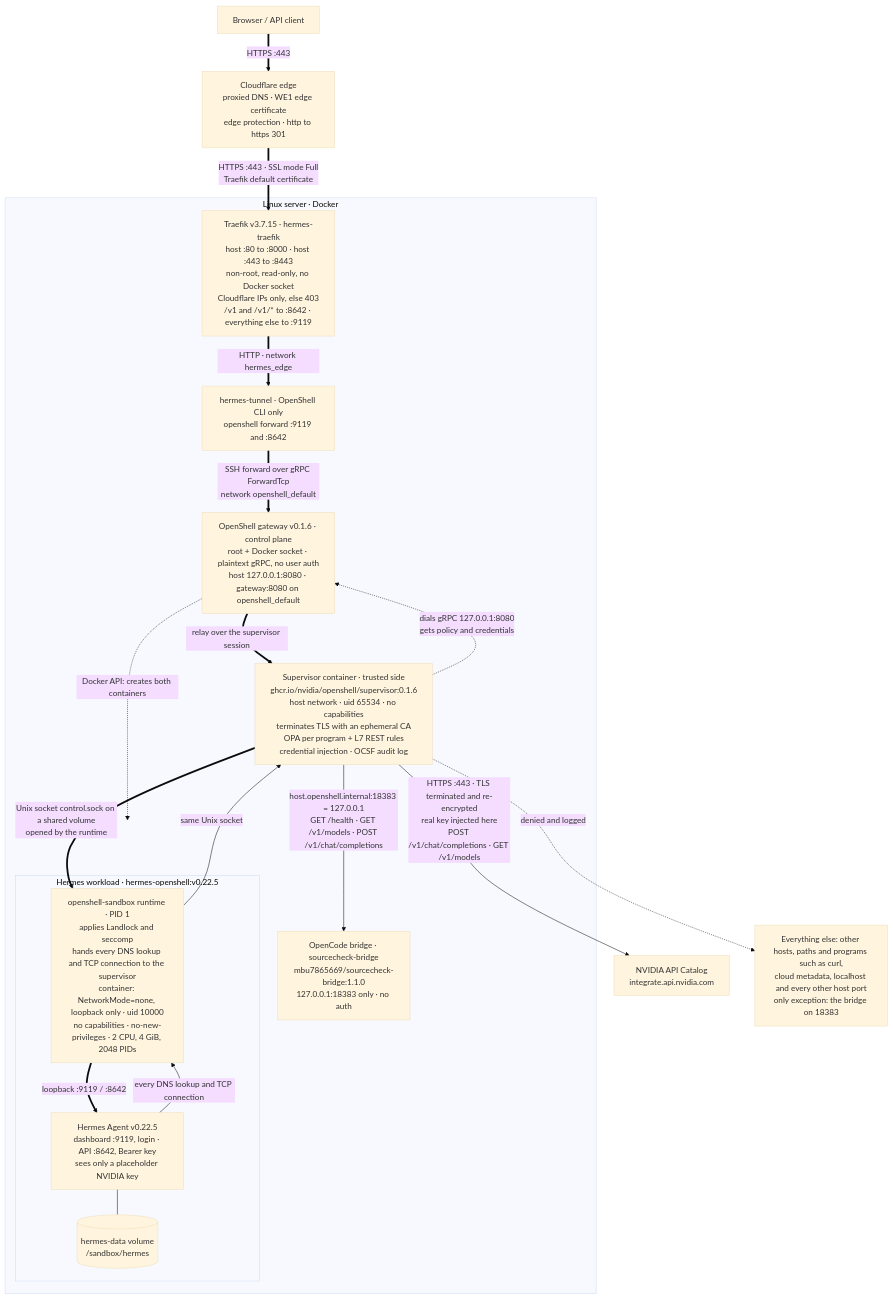
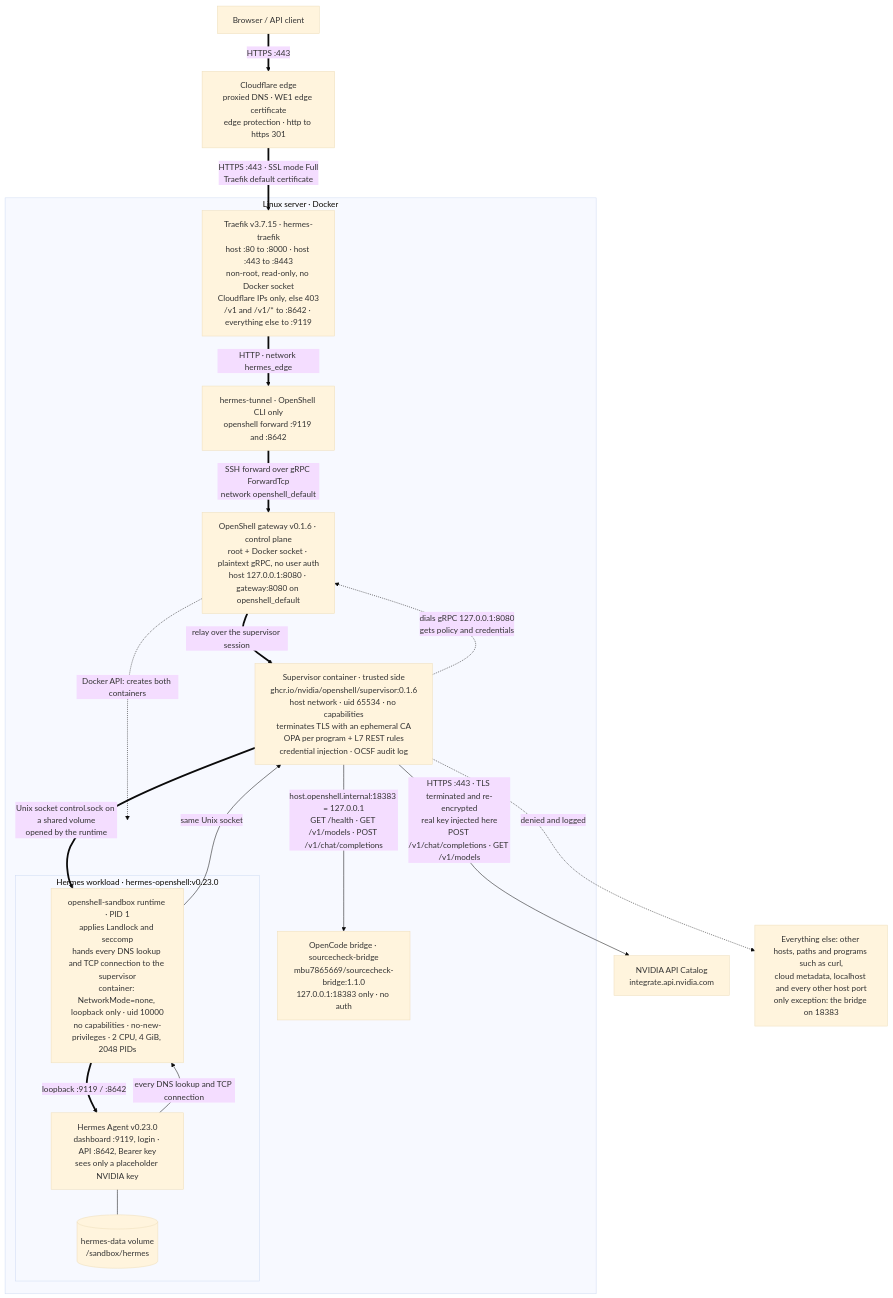
One commit to ch-muhammad-asim/OpenDevOps changed the diagram in sandbox/README.md. Above: the diagram before and after it, drawn with Mermaid (base theme). The commit also changed other lines of this file and 17 other files, not shown here.

Commit message:
Upgrade the sandbox VM stack to Hermes Agent v0.23.0 with rollback, backup and guardrail verify notes

````diff
--- a/sandbox/README.md
+++ b/sandbox/README.md
@@ -91,35 +91,35 @@
 ```mermaid
 flowchart TB
   U["Browser / API client"] ==>|"HTTPS :443"| CF["Cloudflare edge<br/>proxied DNS · WE1 edge certificate<br/>edge protection · http to https 301"]
 
   subgraph HOST["Linux server · Docker"]
     TR["Traefik v3.7.15 · hermes-traefik<br/>host :80 to :8000 · host :443 to :8443<br/>non-root, read-only, no Docker socket<br/>Cloudflare IPs only, else 403<br/>/v1 and /v1/* to :8642 · everything else to :9119"]
     TU["hermes-tunnel · OpenShell CLI only<br/>openshell forward :9119 and :8642"]
     GW["OpenShell gateway v0.1.6 · control plane<br/>root + Docker socket · plaintext gRPC, no user auth<br/>host 127.0.0.1:8080 · gateway:8080 on openshell_default"]
     SUP["Supervisor container · trusted side<br/>ghcr.io/nvidia/openshell/supervisor:0.1.6<br/>host network · uid 65534 · no capabilities<br/>terminates TLS with an ephemeral CA<br/>OPA per program + L7 REST rules<br/>credential injection · OCSF audit log"]
     BR["OpenCode bridge · sourcecheck-bridge<br/>mbu7865669/sourcecheck-bridge:1.1.0<br/>127.0.0.1:18383 only · no auth"]
 
-    subgraph WL["Hermes workload · hermes-openshell:v0.22.5"]
+    subgraph WL["Hermes workload · hermes-openshell:v0.23.0"]
       RT["openshell-sandbox runtime · PID 1<br/>applies Landlock and seccomp<br/>hands every DNS lookup and TCP connection to the supervisor<br/>container: NetworkMode=none, loopback only · uid 10000<br/>no capabilities · no-new-privileges · 2 CPU, 4 GiB, 2048 PIDs"]
-      H["Hermes Agent v0.22.5<br/>dashboard :9119, login · API :8642, Bearer key<br/>sees only a placeholder NVIDIA key"]
+      H["Hermes Agent v0.23.0<br/>dashboard :9119, login · API :8642, Bearer key<br/>sees only a placeholder NVIDIA key"]
       VOL[("hermes-data volume<br/>/sandbox/hermes")]
     end
   end
 
   CF ==>|"HTTPS :443 · SSL mode Full<br/>Traefik default certificate"| TR
   TR ==>|"HTTP · network hermes_edge"| TU
   TU ==>|"SSH forward over gRPC ForwardTcp<br/>network openshell_default"| GW
   GW ==>|"relay over the supervisor session"| SUP
   SUP ==>|"Unix socket control.sock on a shared volume<br/>opened by the runtime"| RT
   RT ==>|"loopback :9119 / :8642"| H
   H --- VOL
 
   GW -.->|"Docker API: creates both containers"| WL
   SUP -.->|"dials gRPC 127.0.0.1:8080<br/>gets policy and credentials"| GW
 
   H -->|"every DNS lookup and TCP connection"| RT
   RT -->|"same Unix socket"| SUP
   SUP -->|"HTTPS :443 · TLS terminated and re-encrypted<br/>real key injected here<br/>POST /v1/chat/completions · GET /v1/models"| NV["NVIDIA API Catalog<br/>integrate.api.nvidia.com"]
   SUP -->|"host.openshell.internal:18383 = 127.0.0.1<br/>GET /health · GET /v1/models · POST /v1/chat/completions"| BR
   SUP -.->|"denied and logged"| X["Everything else: other hosts, paths and programs such as curl,<br/>cloud metadata, localhost and every other host port<br/>only exception: the bridge on 18383"]
 ```
````
